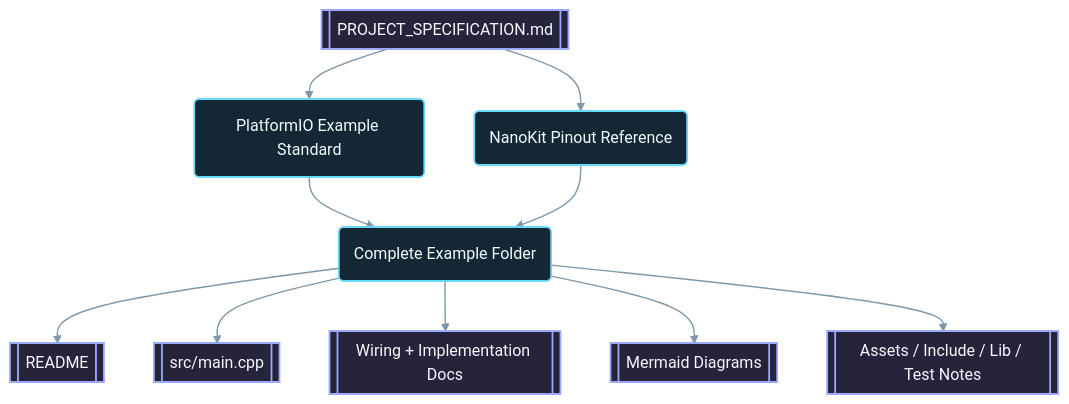
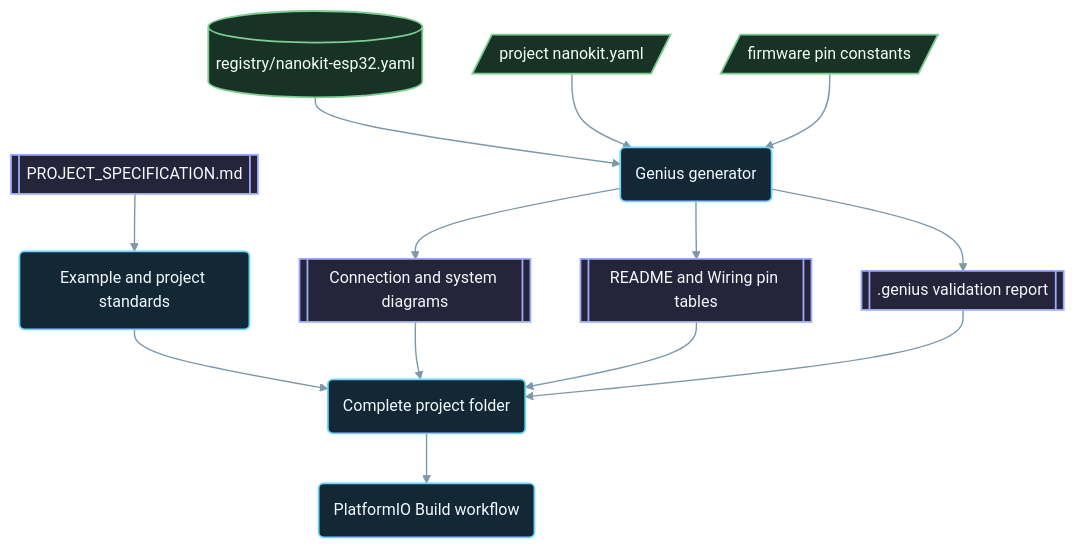
Before and after one commit to ProAmineOfficial/NanoKit-ESP32: the diagram in README.md, drawn with Mermaid (forest theme). The commit also changed other lines of this file and 149 other files, not shown here.

````diff
--- a/README.md
+++ b/README.md
@@ -684,18 +825,23 @@
 ```mermaid
 flowchart TD
-  A[[PROJECT_SPECIFICATION.md]] --> B(PlatformIO Example Standard)
-  A --> C(NanoKit Pinout Reference)
-  B --> D(Complete Example Folder)
-  C --> D
-  D --> E[[README]]
-  D --> F[[src/main.cpp]]
-  D --> G[[Wiring + Implementation Docs]]
-  D --> H[[Mermaid Diagrams]]
-  D --> I[[Assets / Include / Lib / Test Notes]]
+  A[[PROJECT_SPECIFICATION.md]] --> B(Example and project standards)
+  R[(registry/nanokit-esp32.yaml)] --> G
+  P[/project nanokit.yaml/] --> G(Genius generator)
+  S[/firmware pin constants/] --> G
+  B --> F(Complete project folder)
+  G --> D[[Connection and system diagrams]]
+  G --> T[[README and Wiring pin tables]]
+  G --> V[[.genius validation report]]
+  F --> C(PlatformIO Build workflow)
+  D --> F
+  T --> F
+  V --> F
 
   classDef document fill:#25243a,stroke:#9ca9ff,stroke-width:1.8px,color:#f6f8ff
   classDef process fill:#142735,stroke:#69d6ff,stroke-width:1.8px,color:#f2fbff
-  class A,E,F,G,H,I document
-  class B,C,D process
+  classDef data fill:#183326,stroke:#7ccd91,stroke-width:1.8px,color:#f4fff6
+  class A,D,T,V document
+  class B,G,F,C process
+  class R,P,S data
   linkStyle default stroke:#7e98aa,stroke-width:1.4px
 ```
````
